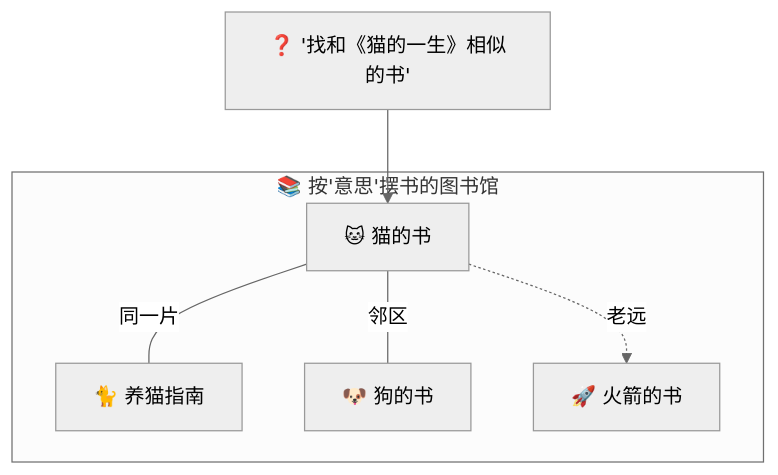
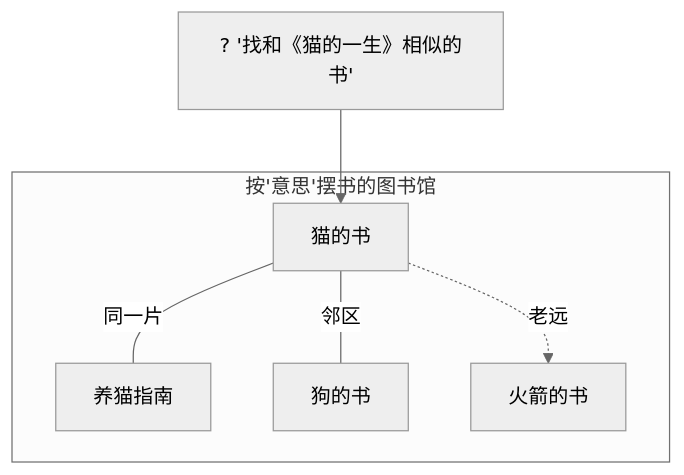
One commit to luckykhy/KhyAiHub changed the second of 7 diagrams in docs/02_CONCEPTS_概念入门/CONCEPT/[CONCEPT-10] 什么是向量数据库.md. Above: the diagram before and after it, drawn with Mermaid (neutral theme). The commit also changed other lines of this file and 19 other files, not shown here.

````diff
--- a/docs/02_CONCEPTS_概念入门/CONCEPT/[CONCEPT-10] 什么是向量数据库.md
+++ b/docs/02_CONCEPTS_概念入门/CONCEPT/[CONCEPT-10] 什么是向量数据库.md
@@ -72,13 +72,13 @@
 ```mermaid
 flowchart TB
-  subgraph LIB["📚 按'意思'摆书的图书馆"]
-    CAT1["🐱 猫的书"]
-    CAT2["🐈 养猫指南"]
-    DOG["🐶 狗的书"]
-    ROCKET["🚀 火箭的书"]
+  subgraph LIB["按'意思'摆书的图书馆"]
+    CAT1["猫的书"]
+    CAT2["养猫指南"]
+    DOG["狗的书"]
+    ROCKET["火箭的书"]
   end
-  ASK["❓ '找和《猫的一生》相似的书'"] --> CAT1
+  ASK["? '找和《猫的一生》相似的书'"] --> CAT1
   CAT1 ---|同一片| CAT2
   CAT1 ---|邻区| DOG
   CAT1 -.->|老远| ROCKET
 ```
````
